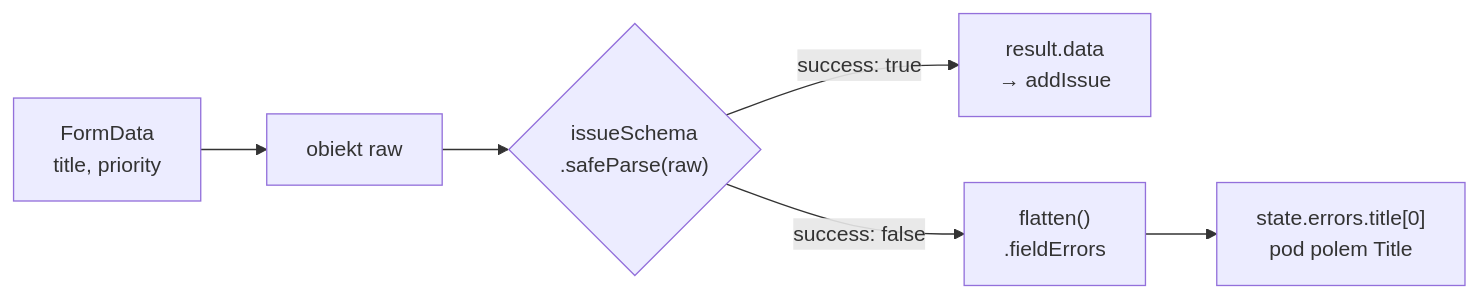
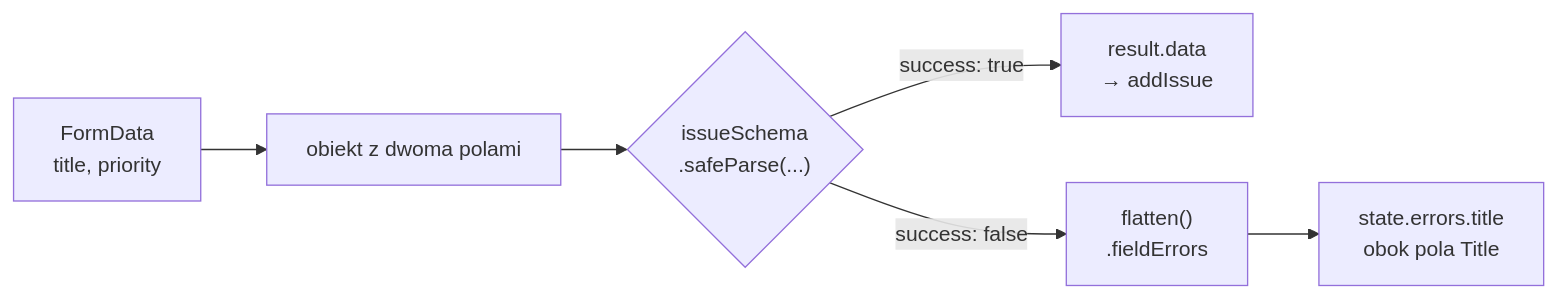
Before and after one commit to mmiotk/frontend-development-ug: the diagram in lecture03/slides/slide_10_walidacja-zod.md, drawn with Mermaid. The commit also changed other lines of this file and 48 other files, not shown here.

````diff
--- a/lecture03/slides/slide_10_walidacja-zod.md
+++ b/lecture03/slides/slide_10_walidacja-zod.md
@@ -205,9 +192,9 @@
 ```mermaid
 %%{init: {"flowchart": {"wrappingWidth": 360}}}%%
 flowchart LR
-    F["FormData<br/>title, priority"] --> R["obiekt raw"]
-    R --> S{"issueSchema<br/>.safeParse(raw)"}
+    F["FormData<br/>title, priority"] --> R["obiekt z dwoma polami"]
+    R --> S{"issueSchema<br/>.safeParse(...)"}
     S -->|"success: true"| D["result.data<br/>→ addIssue"]
     S -->|"success: false"| E["flatten()<br/>.fieldErrors"]
-    E --> U["state.errors.title[0]<br/>pod polem Title"]
+    E --> U["state.errors.title<br/>obok pola Title"]
 ```
````
